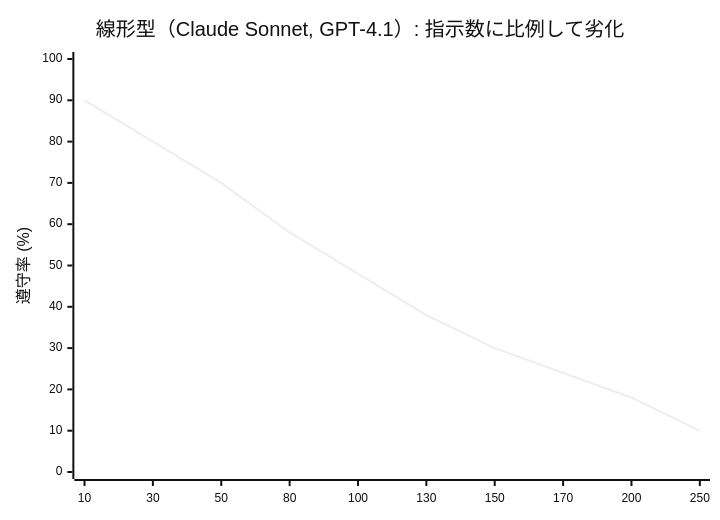
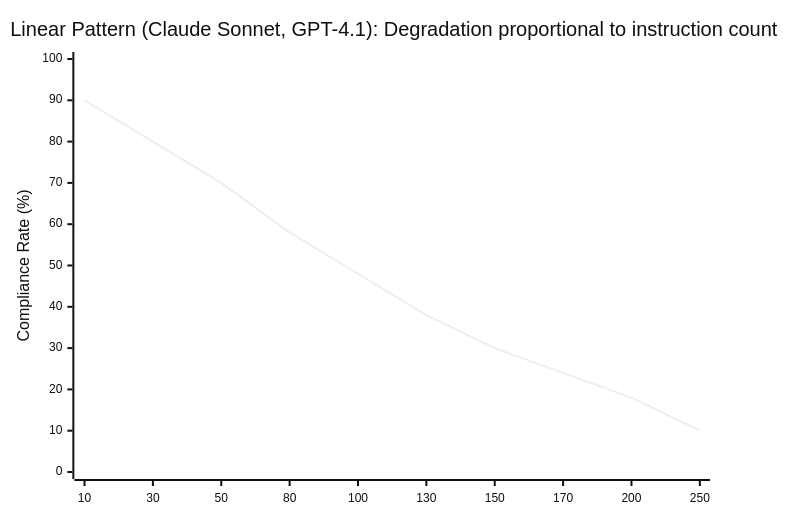
Before and after one commit to shuji-bonji/understanding-llm-through-claude-code: the second of 3 diagrams in docs/01-llm-structural-problems/priority-saturation.md, drawn with Mermaid (neutral theme). The commit also changed other lines of this file and 100 other files, not shown here.

````diff
--- a/docs/01-llm-structural-problems/priority-saturation.md
+++ b/docs/01-llm-structural-problems/priority-saturation.md
@@ -46,15 +48,15 @@
 ```mermaid
 ---
 config:
     xyChart:
         xAxis:
             labelFontSize: 12
         yAxis:
             labelFontSize: 12
 ---
 xychart
-    title "線形型（Claude Sonnet, GPT-4.1）: 指示数に比例して劣化"
+    title "Linear Pattern (Claude Sonnet, GPT-4.1): Degradation proportional to instruction count"
     x-axis ["10", "30", "50", "80", "100", "130", "150", "170", "200", "250"]
-    y-axis "遵守率 (%)" 0 --> 100
+    y-axis "Compliance Rate (%)" 0 --> 100
     line [90, 80, 70, 58, 48, 38, 30, 24, 18, 10]
 ```
````
